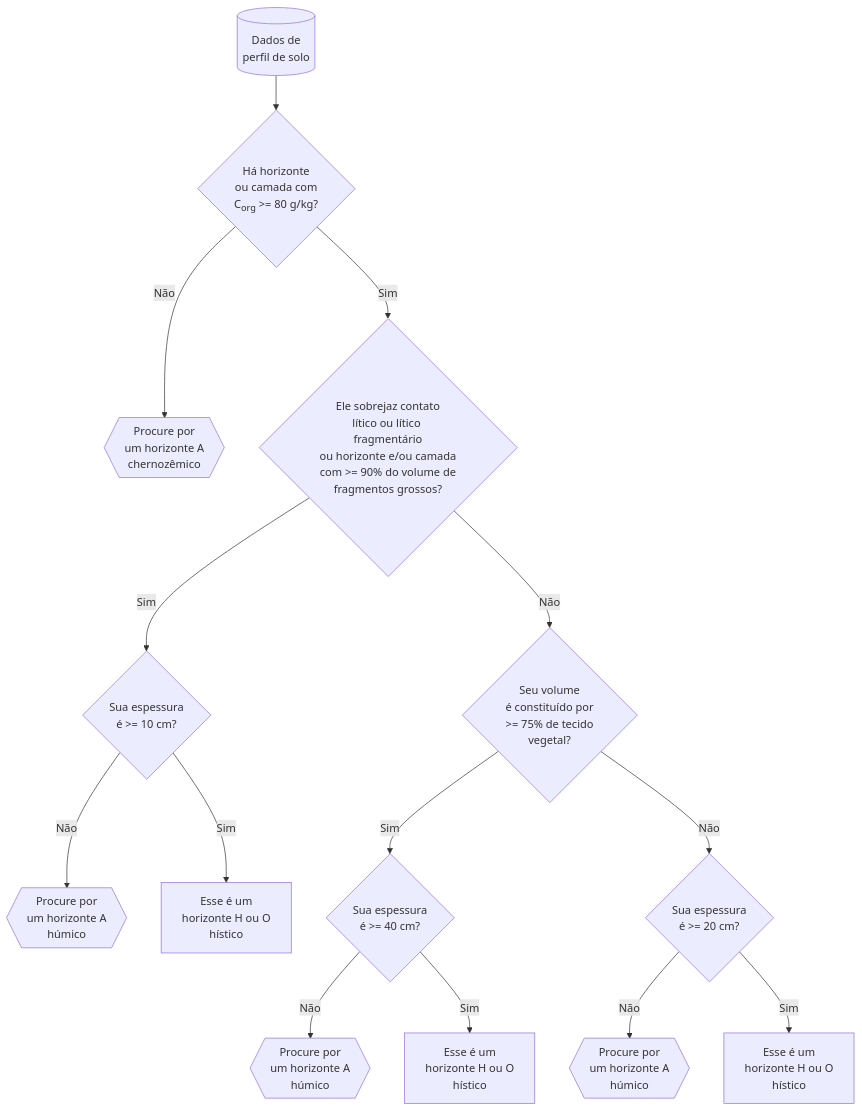
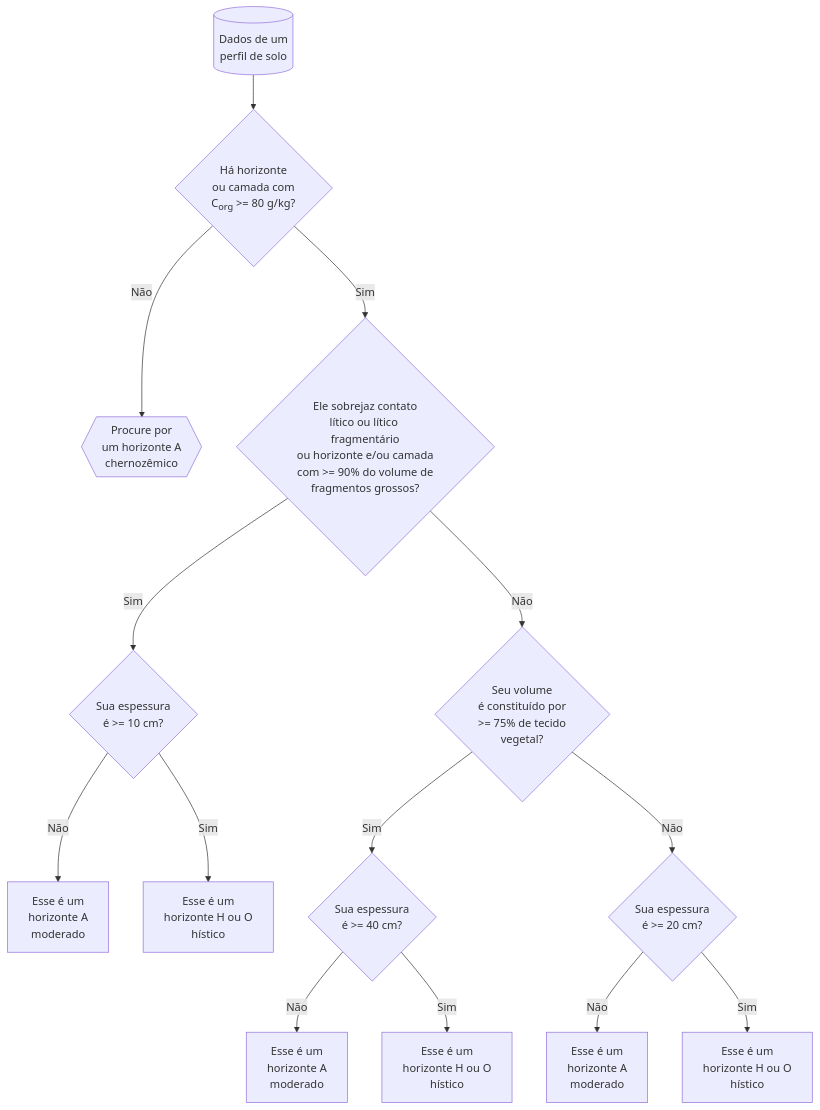
One commit to Laboratorio-de-Pedometria/pedometria.org changed the diagram in content/cursos/classificacao-de-solos/histico.md. Above: the diagram before and after it, drawn with Mermaid. The commit also changed 1 other file, not shown here.

Commit message:
horizonte A moderado

````diff
--- a/content/cursos/classificacao-de-solos/histico.md
+++ b/content/cursos/classificacao-de-solos/histico.md
@@ -19,17 +19,17 @@
 ```mermaid
 graph TB
-  A[(Dados de<br>perfil de solo)]
+  A[(Dados de um<br>perfil de solo)]
   A --> B{Há horizonte<br>ou camada com<br>C<sub>org</sub> >= 80 g/kg?}
   B -->|Não| N{{Procure por<br>um horizonte A<br>chernozêmico}}
   B -->|Sim| E{Ele sobrejaz contato<br>lítico ou lítico fragmentário<br>ou horizonte e/ou camada<br>com >= 90% do volume de<br>fragmentos grossos?}
   E -->|Sim| Z{Sua espessura<br>é >= 10 cm?}
-  Z -->|Não| M{{Procure por<br>um horizonte A<br>húmico}}
+  Z -->|Não| M[Esse é um<br>horizonte A<br>moderado]
   Z -->|Sim| X[Esse é um<br>horizonte H ou O<br>hístico]
   E -->|Não| I{Seu volume<br>é constituído por<br>>= 75% de tecido<br>vegetal?}
   I -->|Sim| J{Sua espessura<br>é >= 40 cm?}
   I -->|Não| L{Sua espessura<br>é >= 20 cm?}
-  J -->|Não| S{{Procure por<br>um horizonte A<br>húmico}}
-  L -->|Não| P{{Procure por<br>um horizonte A<br>húmico}}
+  J -->|Não| S[Esse é um<br>horizonte A<br>moderado]
+  L -->|Não| P[Esse é um<br>horizonte A<br>moderado]
   L -->|Sim| R[Esse é um<br>horizonte H ou O<br>hístico]
   J -->|Sim| Q[Esse é um<br>horizonte H ou O<br>hístico]
 ```
````
